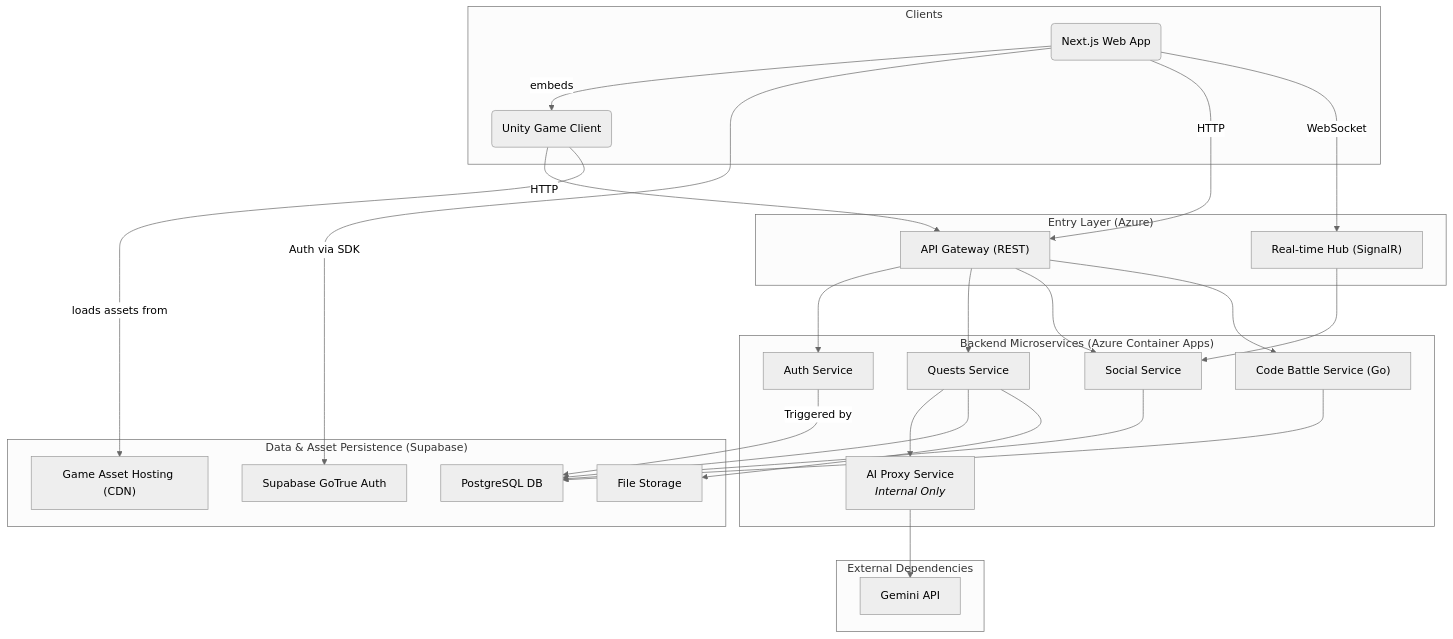
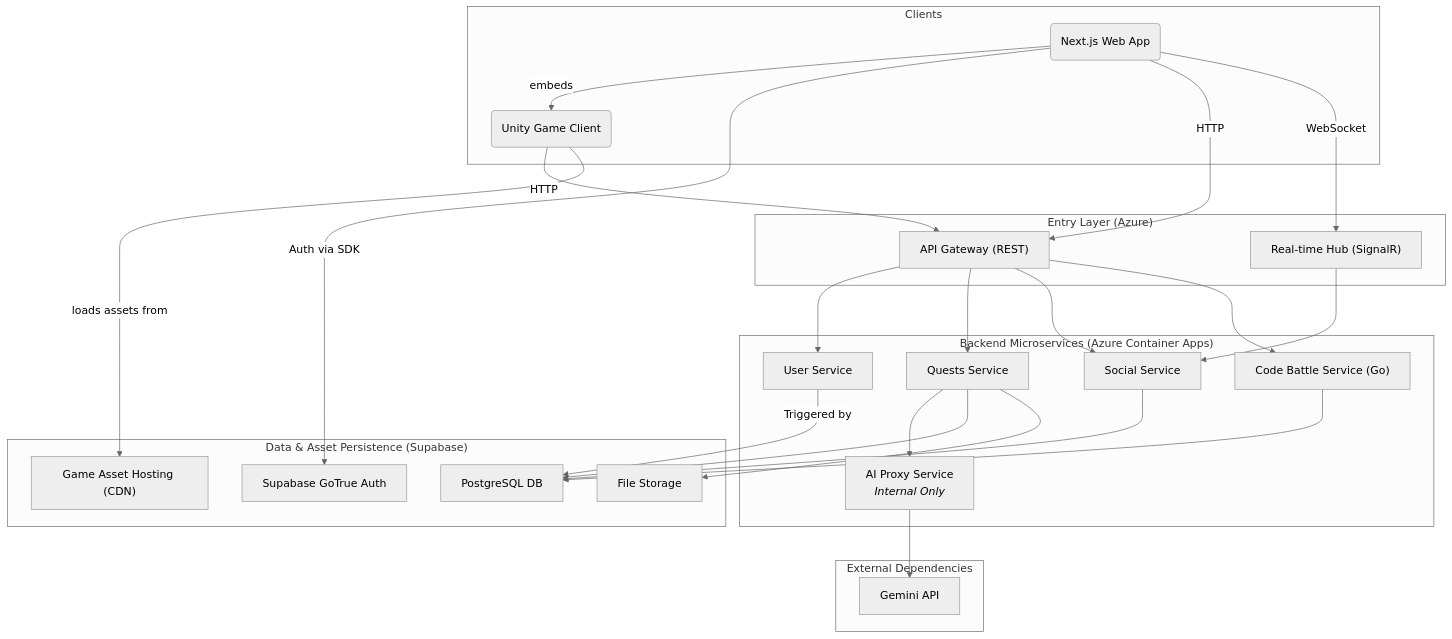
The second of 3 diagrams in docs/fullstack-architecture.md (FA25SE050-RogueLearn/RogueLearn.BMAD.Documentation), drawn with Mermaid (neutral theme) before and after one commit. The commit also changed other lines of this file and 9 other files, not shown here.

````diff
--- a/docs/fullstack-architecture.md
+++ b/docs/fullstack-architecture.md
@@ -869,55 +869,55 @@
 ```mermaid
 graph TD
     subgraph "Clients"
         WebApp("Next.js Web App") -- embeds --> Unity("Unity Game Client")
     end
 
     subgraph "Entry Layer (Azure)"
         Gateway["API Gateway (REST)"]
         Realtime["Real-time Hub (SignalR)"]
     end
 
     subgraph "Backend Microservices (Azure Container Apps)"
-        Auth["Auth Service"]
+        User["User Service"]
         Quests["Quests Service"]
         Social["Social Service"]
         CodeBattle["Code Battle Service (Go)"]
         AIProxy["AI Proxy Service<br/><em>Internal Only</em>"]
     end
 
     subgraph "External Dependencies"
         Gemini["Gemini API"]
     end
 
     subgraph "Data & Asset Persistence (Supabase)"
         DB["PostgreSQL DB"]
         Store["File Storage"]
         GameAssets["Game Asset Hosting (CDN)"]
         SupabaseAuth[Supabase GoTrue Auth]
     end
 
     WebApp -- Auth via SDK --> SupabaseAuth
     WebApp -- HTTP --> Gateway
     WebApp -- WebSocket --> Realtime
     Unity -- HTTP --> Gateway
     Unity -- loads assets from --> GameAssets
     
-    Gateway --> Auth
+    Gateway --> User
     Gateway --> Quests
     Gateway --> Social
     Gateway --> CodeBattle
 
     Realtime --> Social
 
-    Auth -- Triggered by --> DB
+    User -- Triggered by --> DB
     
     Quests --> AIProxy
     Quests --> DB
     Quests --> Store
     
     Social --> DB
     
     CodeBattle --> DB
 
     AIProxy --> Gemini
 ```
````
